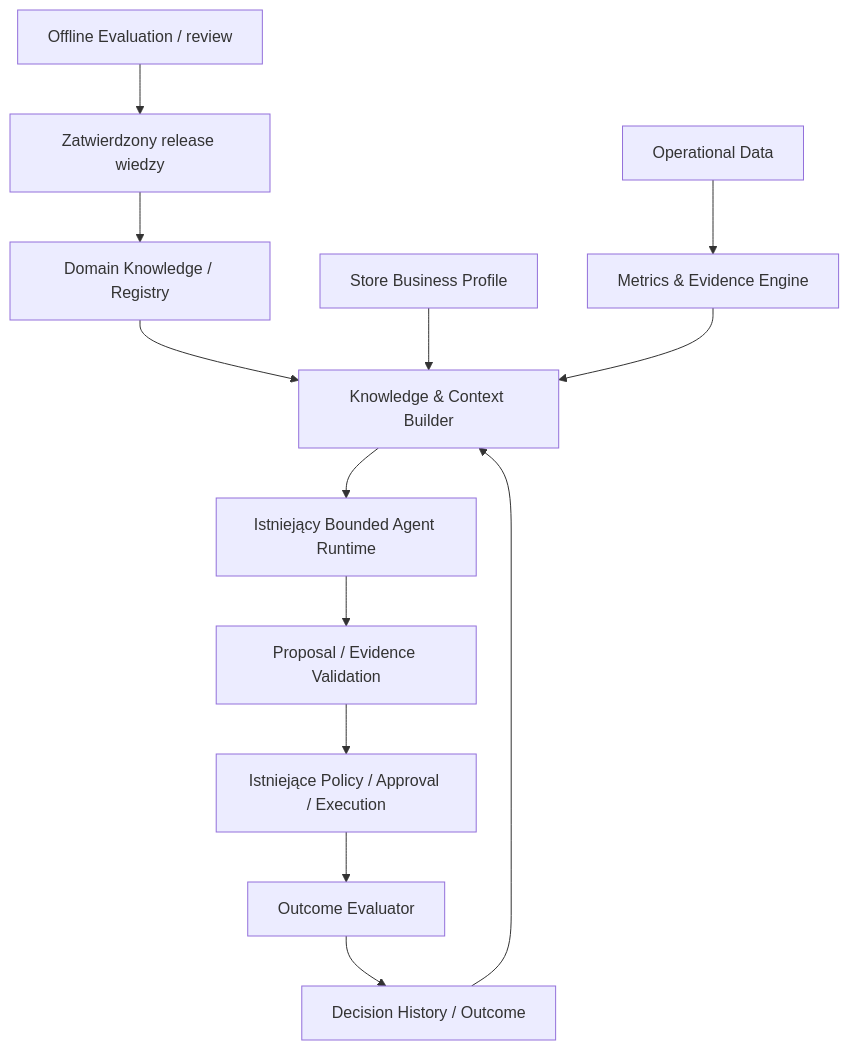
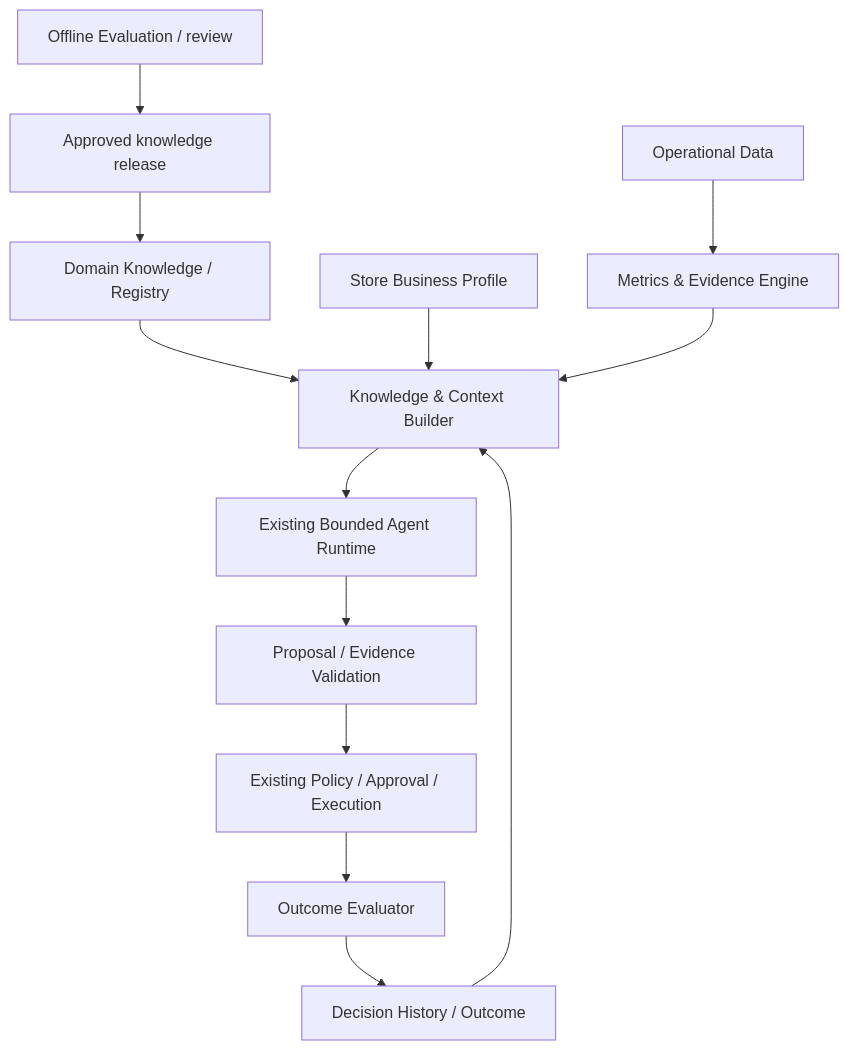
Before and after one commit to FabianLew/ecommerce-agent: the diagram in docs/architecture/05-DECISION-INTELLIGENCE-ARCHITECTURE.md, drawn with Mermaid. The commit also changed other lines of this file and 4 other files, not shown here.

First line of the commit message:
Translate architecture documents 01-05 to English

````diff
--- a/docs/architecture/05-DECISION-INTELLIGENCE-ARCHITECTURE.md
+++ b/docs/architecture/05-DECISION-INTELLIGENCE-ARCHITECTURE.md
@@ -24,15 +24,15 @@
 ```mermaid
 flowchart TD
   DK[Domain Knowledge / Registry] --> KC[Knowledge & Context Builder]
   SP[Store Business Profile] --> KC
   OD[Operational Data] --> ME[Metrics & Evidence Engine]
   ME --> KC
   DH[Decision History / Outcome] --> KC
-  KC --> RT[Istniejący Bounded Agent Runtime]
+  KC --> RT[Existing Bounded Agent Runtime]
   RT --> DV[Proposal / Evidence Validation]
-  DV --> PE[Istniejące Policy / Approval / Execution]
+  DV --> PE[Existing Policy / Approval / Execution]
   PE --> OE[Outcome Evaluator]
   OE --> DH
-  EV[Offline Evaluation / review] --> Release[Zatwierdzony release wiedzy]
+  EV[Offline Evaluation / review] --> Release[Approved knowledge release]
   Release --> DK
 ```
````
